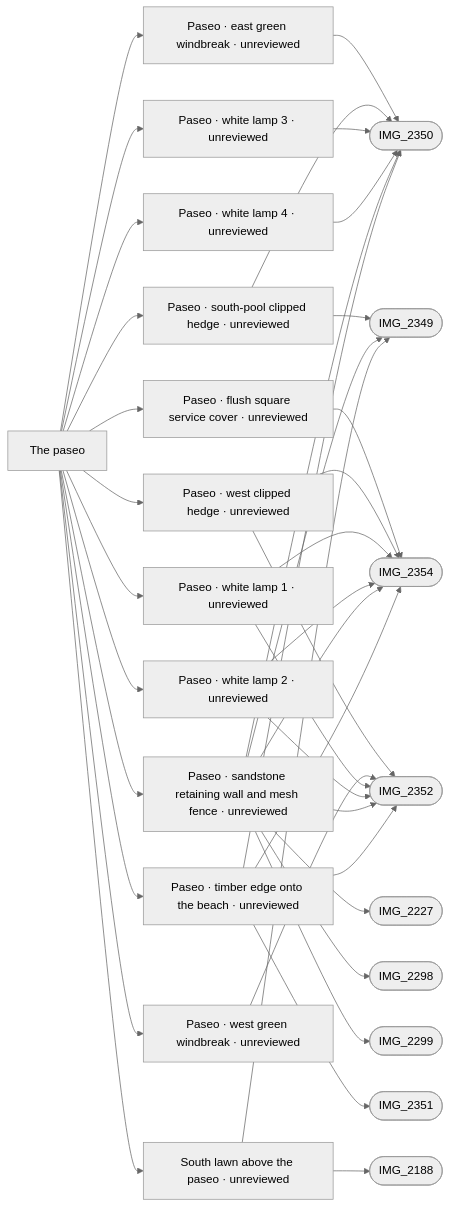
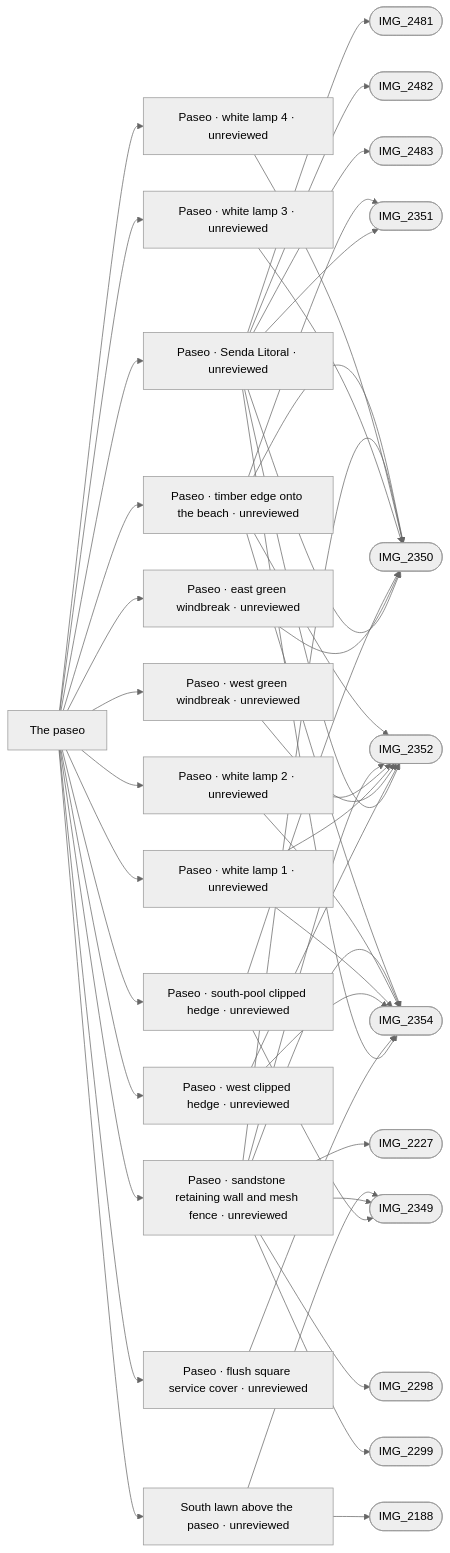
One commit to daveyboyc/villacana-venture changed the diagram in refs/areas/paseo.md. Above: the diagram before and after it, drawn with Mermaid (neutral theme). The commit also changed other lines of this file and 38 other files, not shown here.

Commit message:
Add photo-backed stamped surface to the west paseo

````diff
--- a/refs/areas/paseo.md
+++ b/refs/areas/paseo.md
@@ -44,42 +46,50 @@
 ```mermaid
 graph LR
   A["The paseo"]
-  A --> F0["Paseo · east green windbreak · unreviewed"]
+  A --> F0["Paseo · Senda Litoral · unreviewed"]
   F0 --> PIMG_2350_jpg(["IMG_2350"])
-  A --> F1["Paseo · south-pool clipped hedge · unreviewed"]
-  F1 --> PIMG_2349_jpg(["IMG_2349"])
+  F0 --> PIMG_2351_jpg(["IMG_2351"])
+  F0 --> PIMG_2352_jpg(["IMG_2352"])
+  F0 --> PIMG_2354_jpg(["IMG_2354"])
+  F0 --> PIMG_2481_jpg(["IMG_2481"])
+  F0 --> PIMG_2482_jpg(["IMG_2482"])
+  F0 --> PIMG_2483_jpg(["IMG_2483"])
+  A --> F1["Paseo · east green windbreak · unreviewed"]
   F1 --> PIMG_2350_jpg(["IMG_2350"])
-  A --> F2["Paseo · flush square service cover · unreviewed"]
-  F2 --> PIMG_2354_jpg(["IMG_2354"])
-  A --> F3["Paseo · west clipped hedge · unreviewed"]
-  F3 --> PIMG_2352_jpg(["IMG_2352"])
+  A --> F2["Paseo · south-pool clipped hedge · unreviewed"]
+  F2 --> PIMG_2349_jpg(["IMG_2349"])
+  F2 --> PIMG_2350_jpg(["IMG_2350"])
+  A --> F3["Paseo · flush square service cover · unreviewed"]
   F3 --> PIMG_2354_jpg(["IMG_2354"])
-  A --> F4["Paseo · west green windbreak · unreviewed"]
+  A --> F4["Paseo · west clipped hedge · unreviewed"]
   F4 --> PIMG_2352_jpg(["IMG_2352"])
-  A --> F5["Paseo · white lamp 1 · unreviewed"]
+  F4 --> PIMG_2354_jpg(["IMG_2354"])
+  A --> F5["Paseo · west green windbreak · unreviewed"]
   F5 --> PIMG_2352_jpg(["IMG_2352"])
-  F5 --> PIMG_2354_jpg(["IMG_2354"])
-  A --> F6["Paseo · white lamp 2 · unreviewed"]
+  A --> F6["Paseo · white lamp 1 · unreviewed"]
   F6 --> PIMG_2352_jpg(["IMG_2352"])
   F6 --> PIMG_2354_jpg(["IMG_2354"])
-  A --> F7["Paseo · white lamp 3 · unreviewed"]
-  F7 --> PIMG_2350_jpg(["IMG_2350"])
-  A --> F8["Paseo · white lamp 4 · unreviewed"]
+  A --> F7["Paseo · white lamp 2 · unreviewed"]
+  F7 --> PIMG_2352_jpg(["IMG_2352"])
+  F7 --> PIMG_2354_jpg(["IMG_2354"])
+  A --> F8["Paseo · white lamp 3 · unreviewed"]
   F8 --> PIMG_2350_jpg(["IMG_2350"])
-  A --> F9["Paseo · sandstone retaining wall and mesh fence · unreviewed"]
-  F9 --> PIMG_2227_jpg(["IMG_2227"])
-  F9 --> PIMG_2298_jpg(["IMG_2298"])
-  F9 --> PIMG_2299_jpg(["IMG_2299"])
-  F9 --> PIMG_2349_jpg(["IMG_2349"])
+  A --> F9["Paseo · white lamp 4 · unreviewed"]
   F9 --> PIMG_2350_jpg(["IMG_2350"])
-  F9 --> PIMG_2352_jpg(["IMG_2352"])
-  F9 --> PIMG_2354_jpg(["IMG_2354"])
-  A --> F10["Paseo · timber edge onto the beach · unreviewed"]
+  A --> F10["Paseo · sandstone retaining wall and mesh fence · unreviewed"]
+  F10 --> PIMG_2227_jpg(["IMG_2227"])
+  F10 --> PIMG_2298_jpg(["IMG_2298"])
+  F10 --> PIMG_2299_jpg(["IMG_2299"])
+  F10 --> PIMG_2349_jpg(["IMG_2349"])
   F10 --> PIMG_2350_jpg(["IMG_2350"])
-  F10 --> PIMG_2351_jpg(["IMG_2351"])
   F10 --> PIMG_2352_jpg(["IMG_2352"])
   F10 --> PIMG_2354_jpg(["IMG_2354"])
-  A --> F11["South lawn above the paseo · unreviewed"]
-  F11 --> PIMG_2188_jpg(["IMG_2188"])
-  F11 --> PIMG_2349_jpg(["IMG_2349"])
+  A --> F11["Paseo · timber edge onto the beach · unreviewed"]
+  F11 --> PIMG_2350_jpg(["IMG_2350"])
+  F11 --> PIMG_2351_jpg(["IMG_2351"])
+  F11 --> PIMG_2352_jpg(["IMG_2352"])
+  F11 --> PIMG_2354_jpg(["IMG_2354"])
+  A --> F12["South lawn above the paseo · unreviewed"]
+  F12 --> PIMG_2188_jpg(["IMG_2188"])
+  F12 --> PIMG_2349_jpg(["IMG_2349"])
 ```
````
